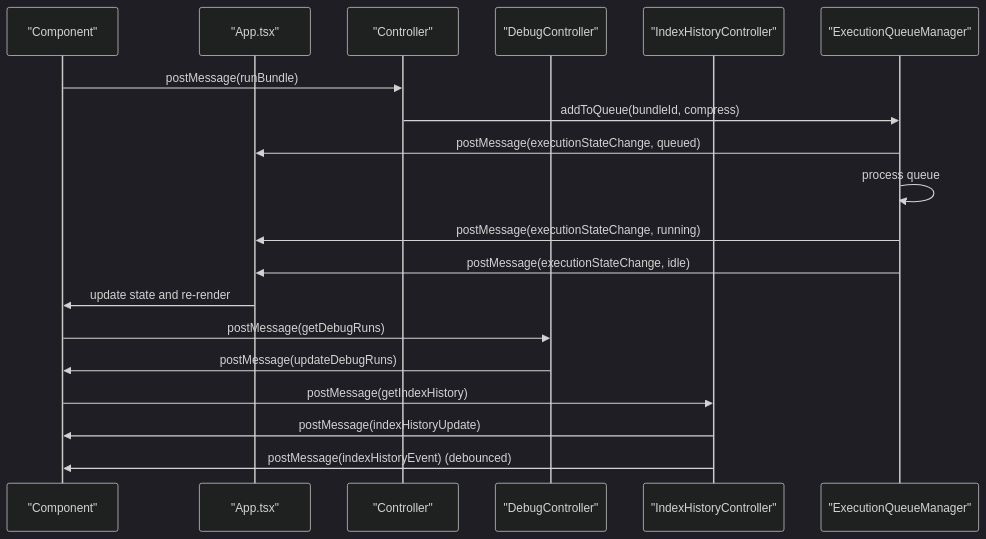
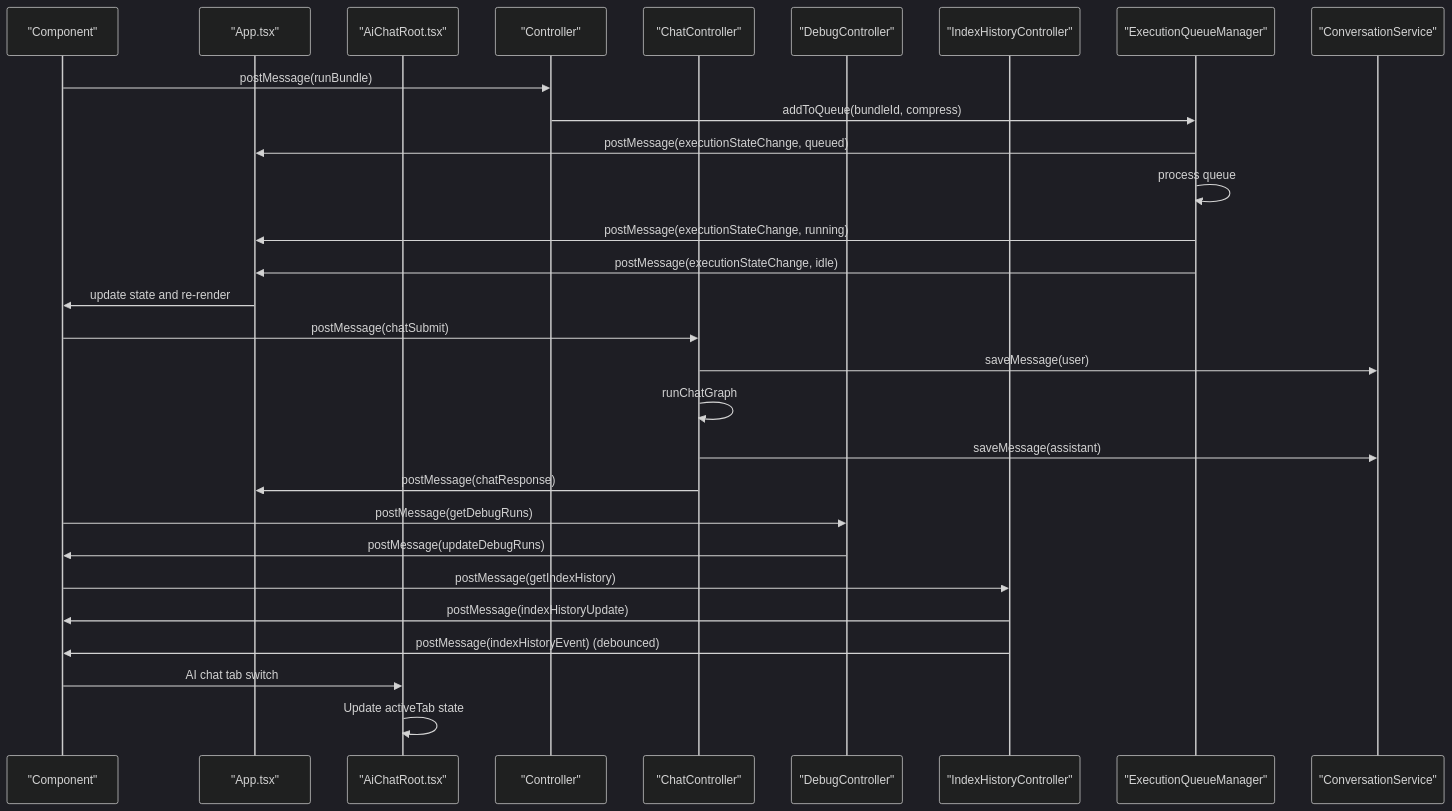
Before and after one commit to bramburn/repomix-runner: the seventh of 10 diagrams in .qoder/repowiki/en/content/Webview Interface/Webview Interface.md, drawn with Mermaid (dark theme). The commit also changed other lines of this file and 19 other files, not shown here.

````diff
--- a/.qoder/repowiki/en/content/Webview Interface/Webview Interface.md
+++ b/.qoder/repowiki/en/content/Webview Interface/Webview Interface.md
@@ -374,21 +486,31 @@
 ```mermaid
 sequenceDiagram
 participant UI as "Component"
 participant APP as "App.tsx"
+participant AICHROOT as "AiChatRoot.tsx"
 participant CTRL as "Controller"
+participant CHCTRL as "ChatController"
 participant DCTRL as "DebugController"
 participant IHCTRL as "IndexHistoryController"
 participant EQM as "ExecutionQueueManager"
+participant CONV as "ConversationService"
 UI->>CTRL : postMessage(runBundle)
 CTRL->>EQM : addToQueue(bundleId, compress)
 EQM->>APP : postMessage(executionStateChange, queued)
 EQM->>EQM : process queue
 EQM->>APP : postMessage(executionStateChange, running)
 EQM->>APP : postMessage(executionStateChange, idle)
 APP->>UI : update state and re-render
+UI->>CHCTRL : postMessage(chatSubmit)
+CHCTRL->>CONV : saveMessage(user)
+CHCTRL->>CHCTRL : runChatGraph
+CHCTRL->>CONV : saveMessage(assistant)
+CHCTRL->>APP : postMessage(chatResponse)
 UI->>DCTRL : postMessage(getDebugRuns)
 DCTRL->>UI : postMessage(updateDebugRuns)
 UI->>IHCTRL : postMessage(getIndexHistory)
 IHCTRL->>UI : postMessage(indexHistoryUpdate)
 IHCTRL->>UI : postMessage(indexHistoryEvent) (debounced)
+UI->>AICHROOT : AI chat tab switch
+AICHROOT->>AICHROOT : Update activeTab state
 ```
````
